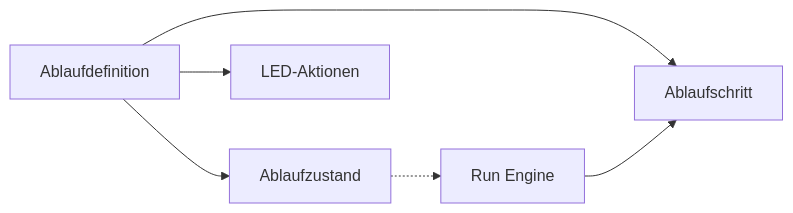
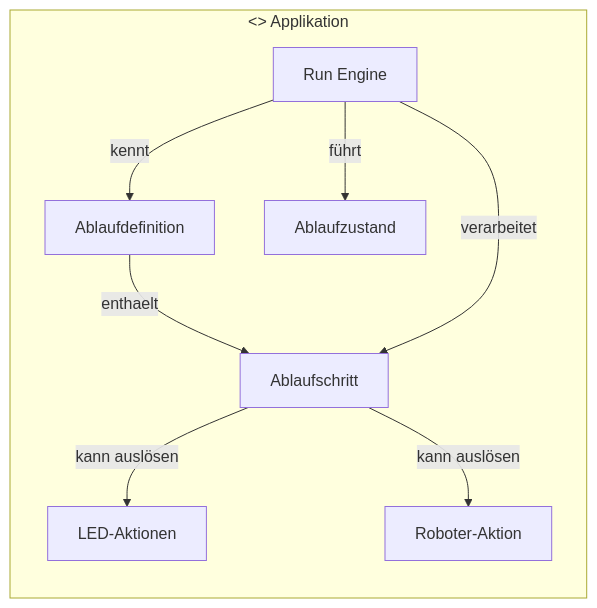
The second of 5 diagrams in doc/projektbeschreibung.md (butz1999/inverse_kinematik), drawn with Mermaid before and after one commit. The commit also changed other lines of this file, not shown here.

````diff
--- a/doc/projektbeschreibung.md
+++ b/doc/projektbeschreibung.md
@@ -353,14 +355,18 @@
 ```mermaid
 flowchart LR
-    A1[Run Engine]
-    A2[Ablaufdefinition]
-    A3[Ablaufschritt]
-    A4[Ablaufzustand]
-    A5[LED-Aktionen]
+    subgraph APP["<<component>> Applikation"]
+        A1[Run Engine]
+        A2[Ablaufdefinition]
+        A3[Ablaufschritt]
+        A4[Ablaufzustand]
+        A5[LED-Aktionen]
+        A6[Roboter-Aktion]
 
-    A2 --> A3
-    A2 --> A4
-    A2 --> A5
-    A4 -.-> A1
-    A1 --> A3
+        A2 -->|enthaelt| A3
+        A1 -->|kennt| A2
+        A1 -->|verarbeitet| A3
+        A1 -->|führt| A4
+        A3 -->|kann auslösen| A5
+        A3 -->|kann auslösen| A6
+    end
 ```
````
